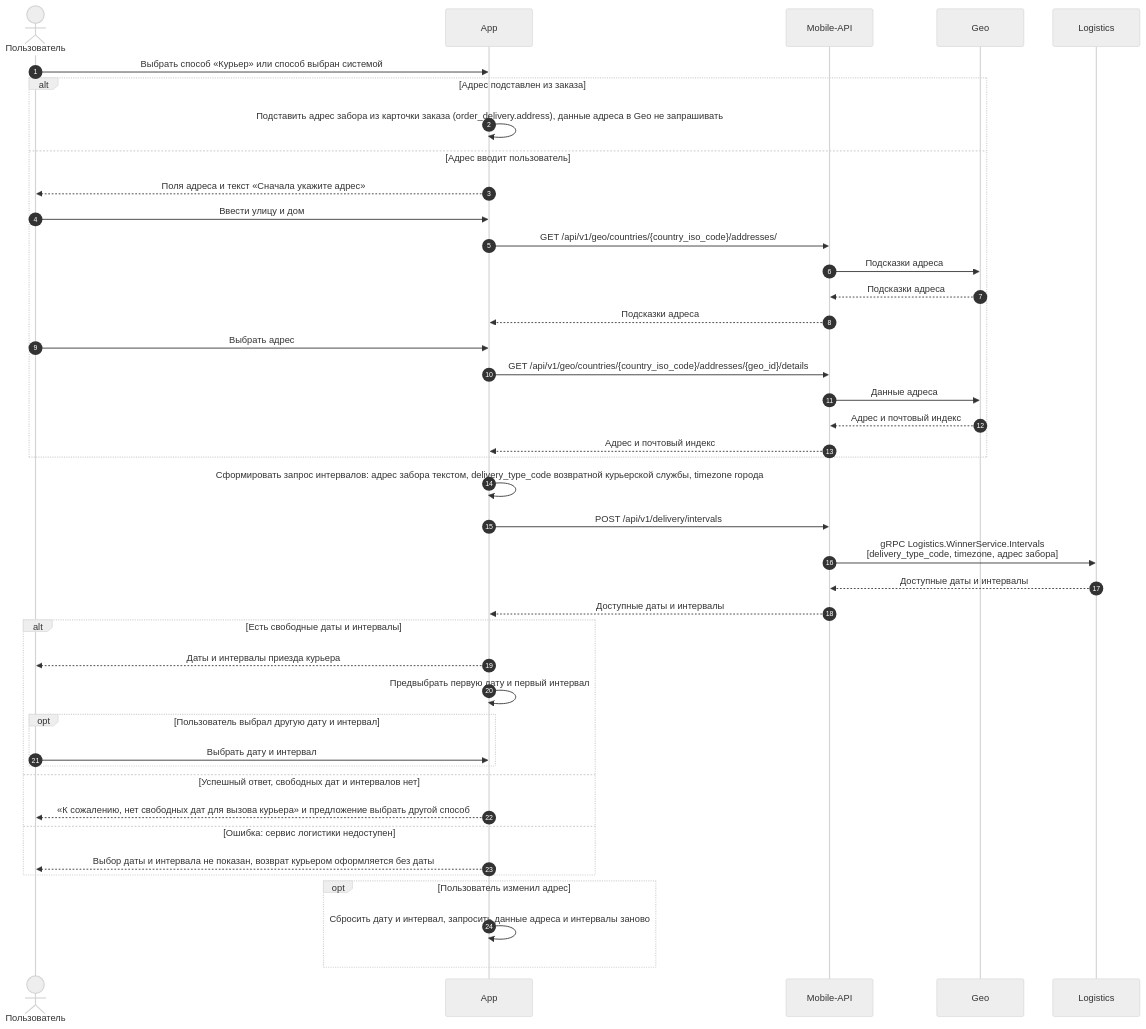
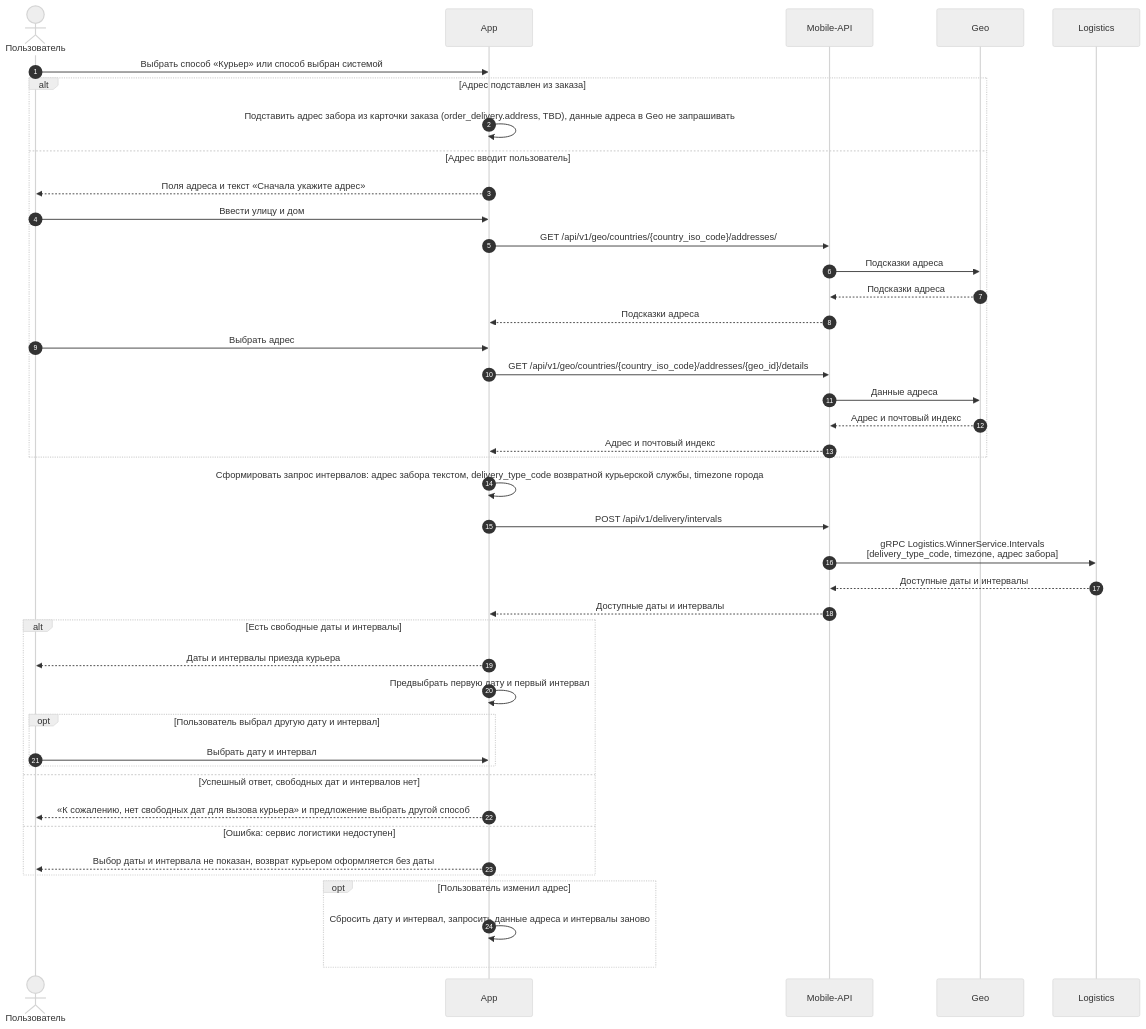
Before and after one commit to Terinss155/opencode-agents-analysis: the eighth of 24 diagrams in projects/returns-2.0/requirements/srs/srs-mobile-mvp_wiki.md, drawn with Mermaid (neutral theme). The commit also changed other lines of this file and 12 other files, not shown here.

First line of the commit message:
Пометить новые поля TBD, описать данные позиции таблицей, добавить глоссарий в SRS

````diff
--- a/projects/returns-2.0/requirements/srs/srs-mobile-mvp_wiki.md
+++ b/projects/returns-2.0/requirements/srs/srs-mobile-mvp_wiki.md
@@ -732,46 +740,46 @@
 ```mermaid
 sequenceDiagram
     autonumber
     actor U as Пользователь
     participant APP as App
     participant API as Mobile-API
     participant GEO as Geo
     participant LOG as Logistics
 
     U->>APP: Выбрать способ «Курьер» или способ выбран системой
     alt Адрес подставлен из заказа
-        APP->>APP: Подставить адрес забора из карточки заказа (order_delivery.address), данные адреса в Geo не запрашивать
+        APP->>APP: Подставить адрес забора из карточки заказа (order_delivery.address, TBD), данные адреса в Geo не запрашивать
     else Адрес вводит пользователь
         APP-->>U: Поля адреса и текст «Сначала укажите адрес»
         U->>APP: Ввести улицу и дом
         APP->>API: GET /api/v1/geo/countries/{country_iso_code}/addresses/
         API->>GEO: Подсказки адреса
         GEO-->>API: Подсказки адреса
         API-->>APP: Подсказки адреса
         U->>APP: Выбрать адрес
         APP->>API: GET /api/v1/geo/countries/{country_iso_code}/addresses/{geo_id}/details
         API->>GEO: Данные адреса
         GEO-->>API: Адрес и почтовый индекс
         API-->>APP: Адрес и почтовый индекс
     end
     APP->>APP: Сформировать запрос интервалов: адрес забора текстом, delivery_type_code возвратной курьерской службы, timezone города
     APP->>API: POST /api/v1/delivery/intervals
     API->>LOG: gRPC Logistics.WinnerService.Intervals<br>[delivery_type_code, timezone, адрес забора]
     LOG-->>API: Доступные даты и интервалы
     API-->>APP: Доступные даты и интервалы
     alt Есть свободные даты и интервалы
         APP-->>U: Даты и интервалы приезда курьера
         APP->>APP: Предвыбрать первую дату и первый интервал
         opt Пользователь выбрал другую дату и интервал
             U->>APP: Выбрать дату и интервал
         end
     else Успешный ответ, свободных дат и интервалов нет
         APP-->>U: «К сожалению, нет свободных дат для вызова курьера» и предложение выбрать другой способ
     else Ошибка: сервис логистики недоступен
         APP-->>U: Выбор даты и интервала не показан, возврат курьером оформляется без даты
     end
 
     opt Пользователь изменил адрес
         APP->>APP: Сбросить дату и интервал, запросить данные адреса и интервалы заново
     end
 ```
````
